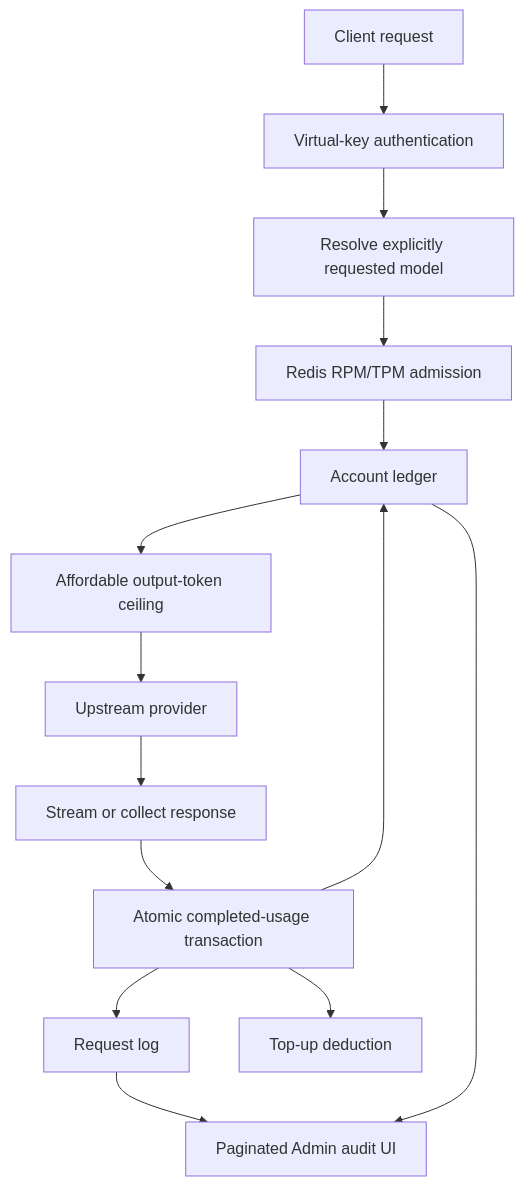
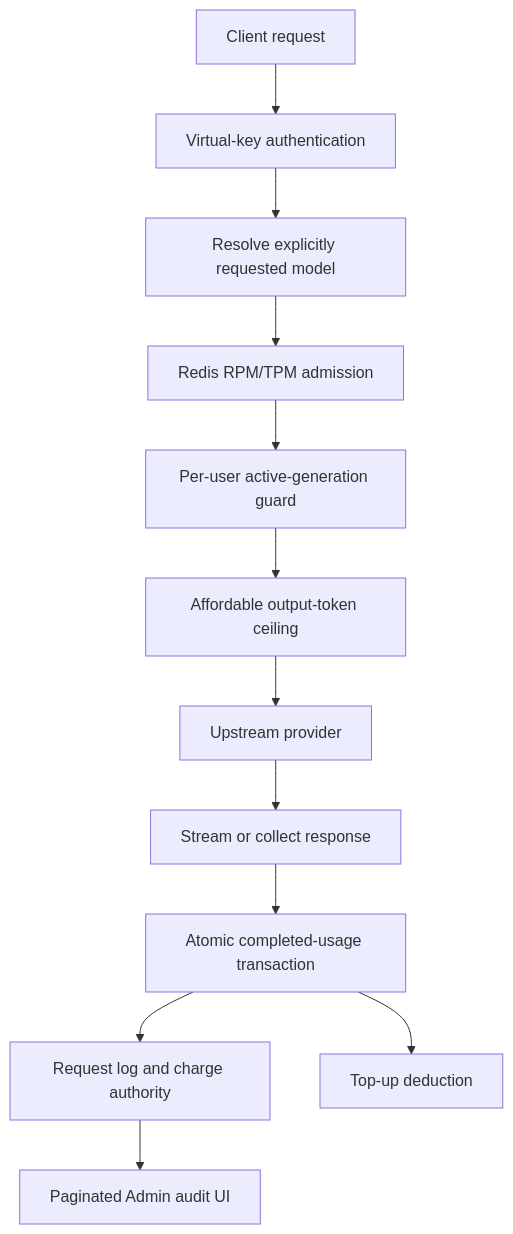
The diagram in GATEWAY_FULL_INTEGRATION_AUDIT.md (muhiyatools/MuhiyaWorkspace), drawn with Mermaid before and after one commit. The commit also changed other lines of this file and 24 other files, not shown here.

````diff
--- a/GATEWAY_FULL_INTEGRATION_AUDIT.md
+++ b/GATEWAY_FULL_INTEGRATION_AUDIT.md
@@ -29,16 +29,14 @@
 ```mermaid
 flowchart TD
     C[Client request] --> A[Virtual-key authentication]
     A --> M[Resolve explicitly requested model]
     M --> L[Redis RPM/TPM admission]
     L --> G[Per-user active-generation guard]
     G --> Q[Affordable output-token ceiling]
     Q --> U[Upstream provider]
     U --> S[Stream or collect response]
     S --> X[Atomic completed-usage transaction]
-    X --> R[Request log]
-    X --> G[Account ledger]
+    X --> R[Request log and charge authority]
     X --> T[Top-up deduction]
     R --> UI[Paginated Admin audit UI]
-    G --> UI
 ```
````
